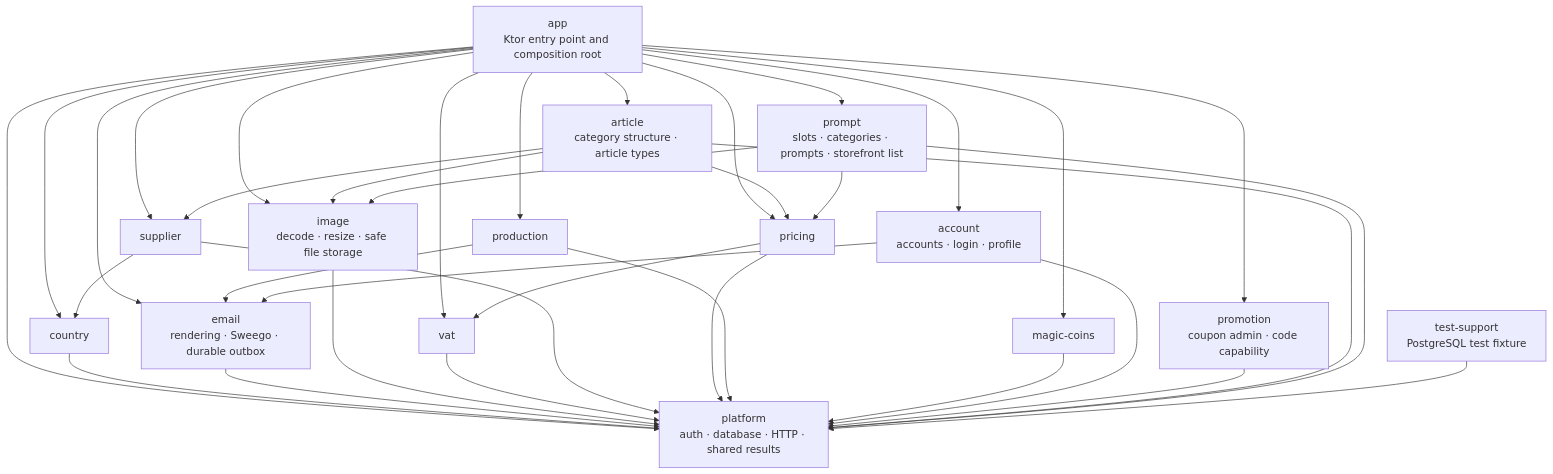
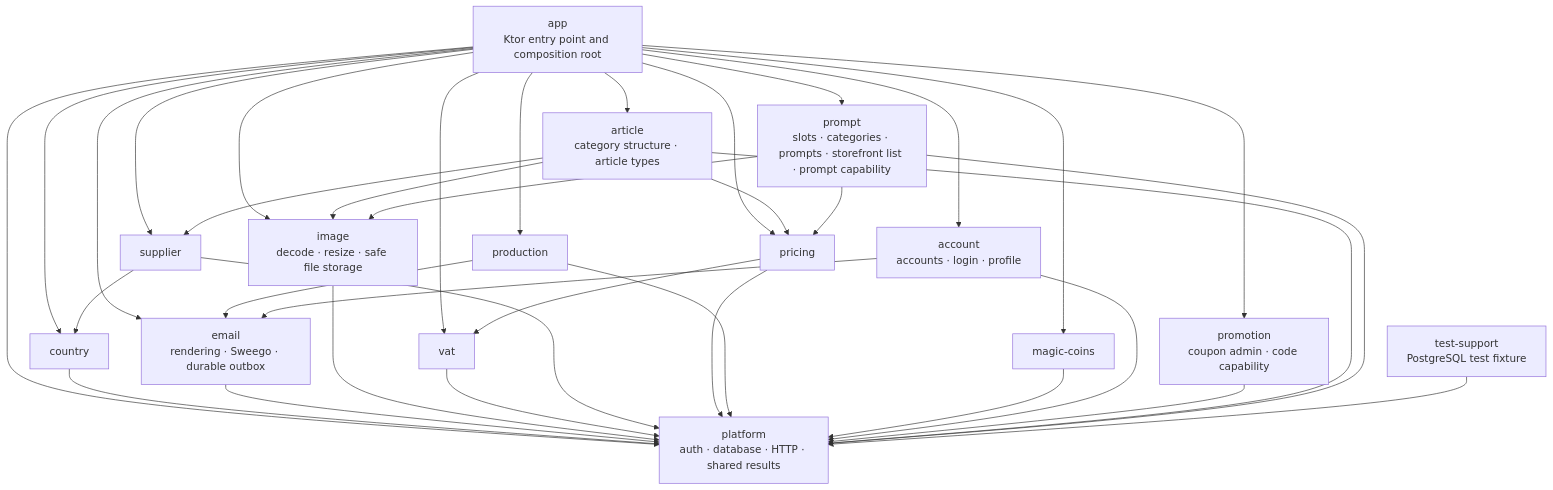
One commit to bitstorm-tech/voenix-shop-kotlin changed the diagram in docs/dev/backend/module-architecture.md. Above: the diagram before and after it, drawn with Mermaid. The commit also changed other lines of this file and 16 other files, not shown here.

First line of the commit message:
Export the PromptCatalog capability and close the prompt module (slice 3e)

````diff
--- a/docs/dev/backend/module-architecture.md
+++ b/docs/dev/backend/module-architecture.md
@@ -34,54 +34,54 @@
 ```mermaid
 flowchart TD
     App["app<br/>Ktor entry point and composition root"]
     Platform["platform<br/>auth · database · HTTP · shared results"]
     Country["country"]
     Email["email<br/>rendering · Sweego · durable outbox"]
     Image["image<br/>decode · resize · safe file storage"]
     Vat["vat"]
     Supplier["supplier"]
     Pricing["pricing"]
     Production["production"]
     MagicCoins["magic-coins"]
     Account["account<br/>accounts · login · profile"]
     Promotion["promotion<br/>coupon admin · code capability"]
     Article["article<br/>category structure · article types"]
-    Prompt["prompt<br/>slots · categories · prompts · storefront list"]
+    Prompt["prompt<br/>slots · categories · prompts · storefront list · prompt capability"]
     TestSupport["test-support<br/>PostgreSQL test fixture"]
 
     App --> Platform
     App --> Account
     App --> Country
     App --> Email
     App --> Image
     App --> Vat
     App --> Supplier
     App --> Pricing
     App --> Production
     App --> MagicCoins
     App --> Promotion
     App --> Article
     App --> Prompt
     Country --> Platform
     Email --> Platform
     Image --> Platform
     Vat --> Platform
     Supplier --> Platform
     Supplier --> Country
     Pricing --> Platform
     Pricing --> Vat
     Production --> Platform
     Production --> Email
     MagicCoins --> Platform
     Account --> Platform
     Account --> Email
     Promotion --> Platform
     Article --> Platform
     Article --> Image
     Article --> Pricing
     Article --> Supplier
     Prompt --> Platform
     Prompt --> Image
     Prompt --> Pricing
     TestSupport --> Platform
 ```
````
